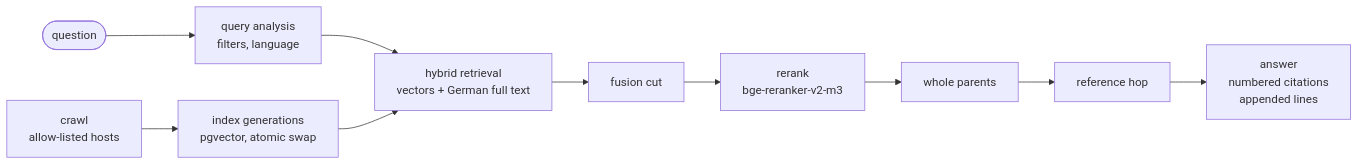
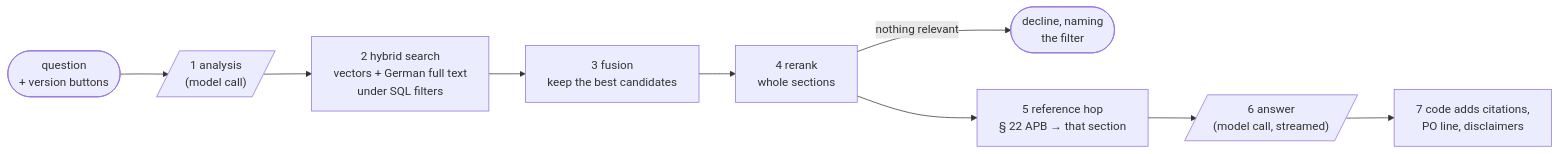
The first of 3 diagrams in README.md (ritvikmaini/rag-tuda), drawn with Mermaid before and after one commit. The commit also changed other lines of this file and 6 other files, not shown here.

````diff
--- a/README.md
+++ b/README.md
@@ -91,12 +113,11 @@
 ```mermaid
 flowchart LR
-  crawl[crawl<br/>allow-listed hosts] --> gen[index generations<br/>pgvector, atomic swap]
-  q([question]) --> an[query analysis<br/>filters, language]
-  an --> ret[hybrid retrieval<br/>vectors + German full text]
-  gen --> ret
-  ret --> fuse[fusion cut]
-  fuse --> rr[rerank<br/>bge-reranker-v2-m3]
-  rr --> par[whole parents]
-  par --> hop[reference hop]
-  hop --> ans[answer<br/>numbered citations<br/>appended lines]
+  Q(["question<br/>+ version buttons"]) --> A[/"1 analysis<br/>(model call)"/]
+  A --> S["2 hybrid search<br/>vectors + German full text<br/>under SQL filters"]
+  S --> F["3 fusion<br/>keep the best candidates"]
+  F --> R["4 rerank<br/>whole sections"]
+  R -->|nothing relevant| N(["decline, naming<br/>the filter"])
+  R --> H["5 reference hop<br/>§ 22 APB → that section"]
+  H --> W[/"6 answer<br/>(model call, streamed)"/]
+  W --> C["7 code adds citations,<br/>PO line, disclaimers"]
 ```
````
